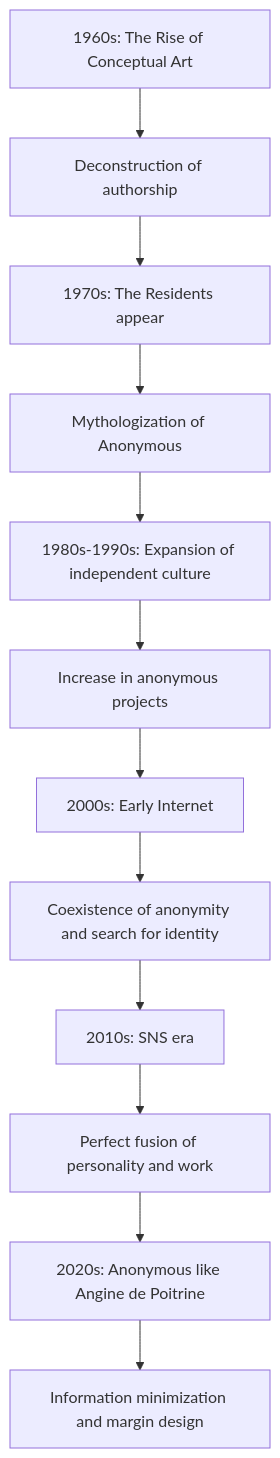
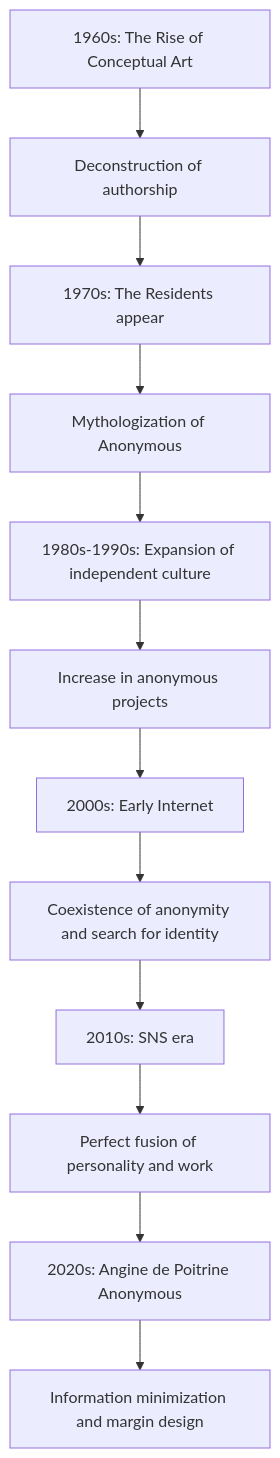
One commit to monumental-movement/monumental-movement.github.io changed the ninth of 17 diagrams in en/_posts/2026-07-06-column-angine-de-poitrine-the-residents.md. Above: the diagram before and after it, drawn with Mermaid. The commit also changed other lines of this file and 657 other files, not shown here.

```diff
--- a/en/_posts/2026-07-06-column-angine-de-poitrine-the-residents.md
+++ b/en/_posts/2026-07-06-column-angine-de-poitrine-the-residents.md
@@ -959,18 +959,18 @@
 <div class="mermaid">
 flowchart TD
 
 A["1960s: The Rise of Conceptual Art"]
 B["Deconstruction of authorship"]
 C["1970s: The Residents appear"]
 D["Mythologization of Anonymous"]
 E["1980s-1990s: Expansion of independent culture"]
 F["Increase in anonymous projects"]
 G["2000s: Early Internet"]
 H["Coexistence of anonymity and search for identity"]
 I["2010s: SNS era"]
 J["Perfect fusion of personality and work"]
-K["2020s: Anonymous like Angine de Poitrine"]
+K["2020s: Angine de Poitrine Anonymous"]
 L["Information minimization and margin design"]
 
 A --> B --> C --> D --> E --> F --> G --> H --> I --> J --> K --> L
 </div>
```
